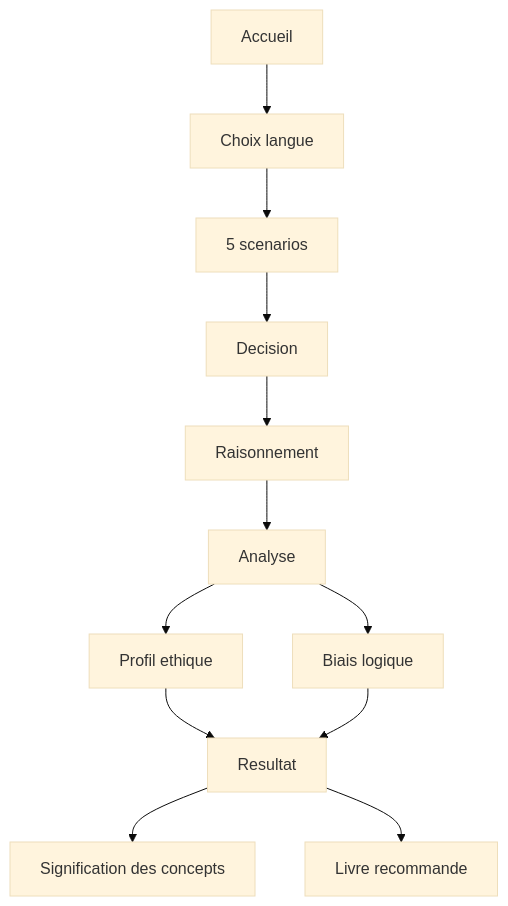
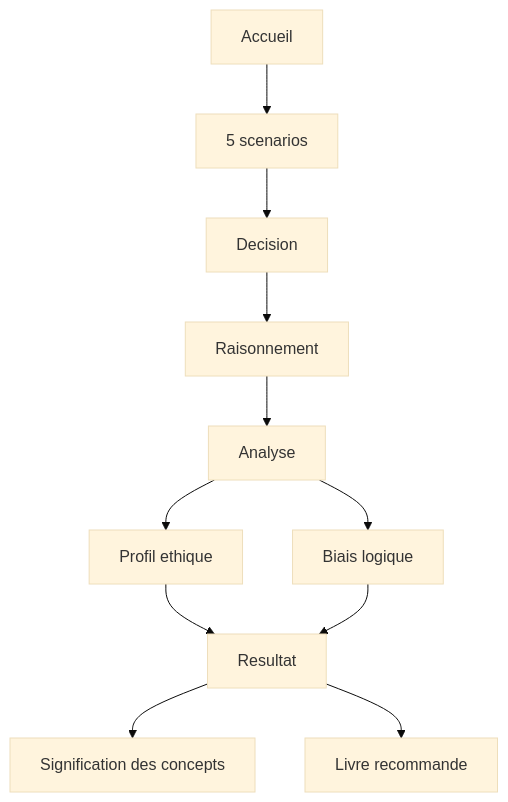
The fifth of 5 diagrams in README.md (Bedra11/Socratic), drawn with Mermaid (base theme) before and after one commit.

Commit message:
update Flowchart Fonctionnement du jeu

````diff
--- a/README.md
+++ b/README.md
@@ -386,20 +386,19 @@
 ```mermaid
 flowchart TD
 
-Start[Accueil] --> Langue[Choix langue]
-Langue --> Game[5 scenarios]
+Start[Accueil] --> Game[5 scenarios]
 
 Game --> Decision[Decision]
 Decision --> Reason[Raisonnement]
 
 Reason --> API[Analyse]
 
 API --> Ethics[Profil ethique]
 API --> Fallacy[Biais logique]
 
 Ethics --> Result[Resultat]
 Fallacy --> Result
 
 Result --> LLM[Signification des concepts]
 Result --> Book[Livre recommande]
 ```
````
